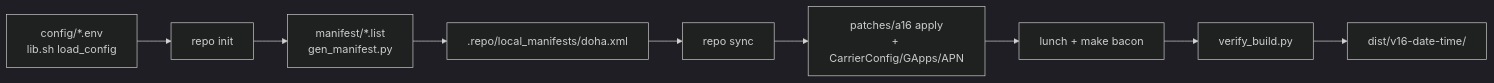
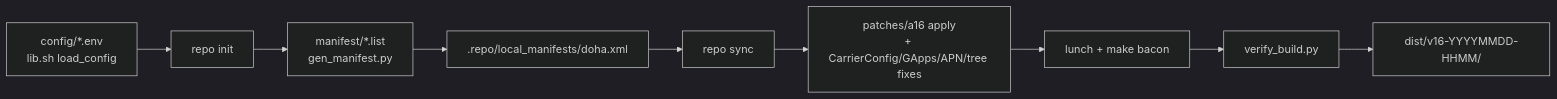
The diagram in AGENTS.md (ishwar-chandra/amogus_doha_custom_rom), drawn with Mermaid (dark theme) before and after one commit. The commit also changed other lines of this file and 1 other file, not shown here.

````diff
--- a/AGENTS.md
+++ b/AGENTS.md
@@ -15,11 +27,11 @@
 ```mermaid
 flowchart LR
   A[config/*.env<br/>lib.sh load_config] --> B[repo init]
   B --> C[manifest/*.list<br/>gen_manifest.py]
   C --> D[.repo/local_manifests/doha.xml]
   D --> E[repo sync]
-  E --> F[patches/a16 apply<br/>+ CarrierConfig/GApps/APN]
+  E --> F[patches/a16 apply<br/>+ CarrierConfig/GApps/APN/tree fixes]
   F --> G[lunch + make bacon]
   G --> H[verify_build.py]
-  H --> I[dist/v16-date-time/]
+  H --> I[dist/v16-YYYYMMDD-HHMM/]
 ```
````
